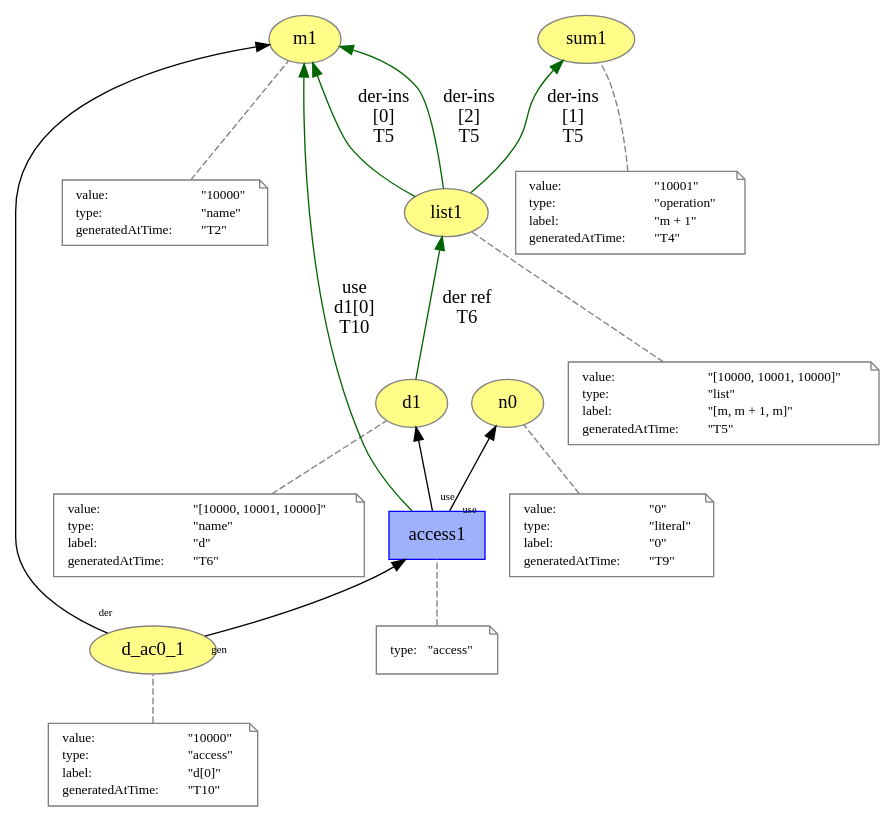
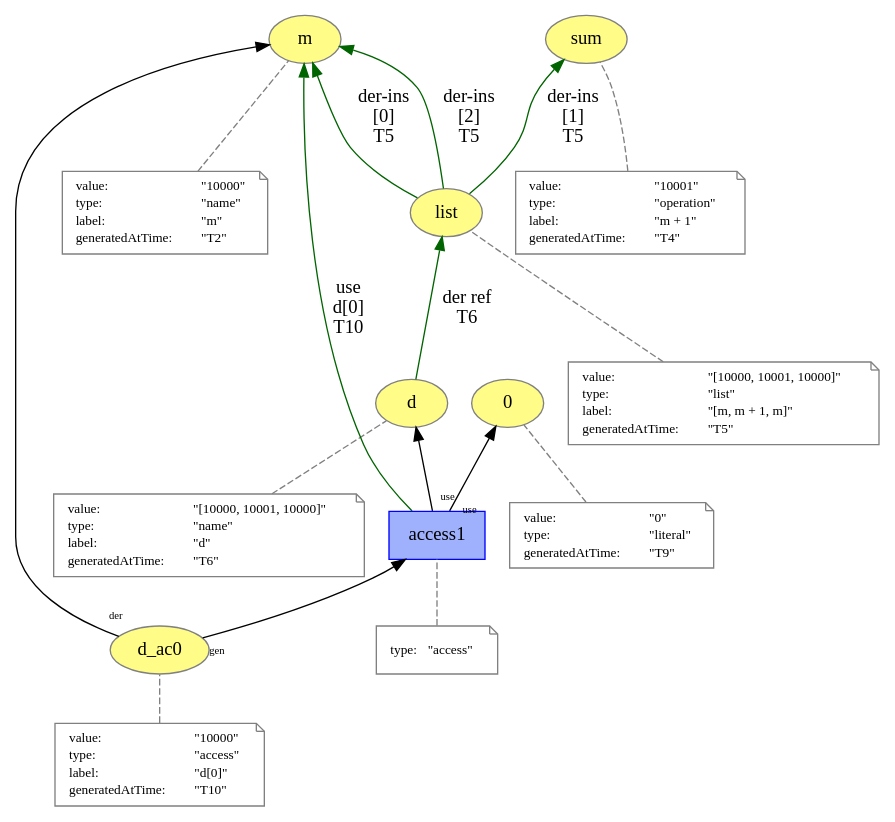
One commit to dew-uff/versioned-prov changed the diagram in versioned_prov/access.dot. Above: the diagram before and after it, drawn with Graphviz. The commit also changed 51 other files, not shown here.

```diff
--- a/versioned_prov/access.dot
+++ b/versioned_prov/access.dot
@@ -1,144 +1,144 @@
 digraph "PROV" { size="16,12"; rankdir="BT";
-"http://example.org/m1" [fillcolor="#FFFC87",color="#808080",style="filled",label="m1",URL="http://example.org/m1"]
+"http://example.org/m" [fillcolor="#FFFC87",color="#808080",style="filled",label="m",URL="http://example.org/m"]
 "-attrs0" [color="gray",shape="note",fontsize="10",fontcolor="black",label=<<TABLE cellpadding="0" border="0">
 	<TR>
 	    <TD align="left">value:</TD>
 	    <TD align="left">&quot;10000&quot;</TD>
 	</TR>
 	<TR>
 	    <TD align="left">type:</TD>
 	    <TD align="left">&quot;name&quot;</TD>
 	</TR>
 	<TR>
+	    <TD align="left">label:</TD>
+	    <TD align="left">&quot;m&quot;</TD>
+	</TR>
+	<TR>
 	    <TD align="left">generatedAtTime:</TD>
 	    <TD align="left">&quot;T2&quot;</TD>
 	</TR>
 </TABLE>>]
-"-attrs0" -> "http://example.org/m1" [color="gray",style="dashed",arrowhead="none"]
-"http://example.org/sum1" [fillcolor="#FFFC87",color="#808080",style="filled",label="sum1",URL="http://example.org/sum1"]
+"-attrs0" -> "http://example.org/m" [color="gray",style="dashed",arrowhead="none"]
+"http://example.org/sum" [fillcolor="#FFFC87",color="#808080",style="filled",label="sum",URL="http://example.org/sum"]
 "-attrs1" [color="gray",shape="note",fontsize="10",fontcolor="black",label=<<TABLE cellpadding="0" border="0">
 	<TR>
 	    <TD align="left">value:</TD>
 	    <TD align="left">&quot;10001&quot;</TD>
 	</TR>
 	<TR>
 	    <TD align="left">type:</TD>
 	    <TD align="left">&quot;operation&quot;</TD>
 	</TR>
 	<TR>
 	    <TD align="left">label:</TD>
 	    <TD align="left">&quot;m + 1&quot;</TD>
 	</TR>
 	<TR>
 	    <TD align="left">generatedAtTime:</TD>
 	    <TD align="left">&quot;T4&quot;</TD>
 	</TR>
 </TABLE>>]
-"-attrs1" -> "http://example.org/sum1" [color="gray",style="dashed",arrowhead="none"]
-"http://example.org/list1" [fillcolor="#FFFC87",color="#808080",style="filled",label="list1",URL="http://example.org/list1"]
+"-attrs1" -> "http://example.org/sum" [color="gray",style="dashed",arrowhead="none"]
+"http://example.org/list" [fillcolor="#FFFC87",color="#808080",style="filled",label="list",URL="http://example.org/list"]
 "-attrs2" [color="gray",shape="note",fontsize="10",fontcolor="black",label=<<TABLE cellpadding="0" border="0">
 	<TR>
 	    <TD align="left">value:</TD>
 	    <TD align="left">&quot;[10000, 10001, 10000]&quot;</TD>
 	</TR>
 	<TR>
 	    <TD align="left">type:</TD>
 	    <TD align="left">&quot;list&quot;</TD>
 	</TR>
 	<TR>
 	    <TD align="left">label:</TD>
 	    <TD align="left">&quot;[m, m + 1, m]&quot;</TD>
 	</TR>
 	<TR>
 	    <TD align="left">generatedAtTime:</TD>
 	    <TD align="left">&quot;T5&quot;</TD>
 	</TR>
 </TABLE>>]
-"-attrs2" -> "http://example.org/list1" [color="gray",style="dashed",arrowhead="none"]
-"http://example.org/list1" -> "http://example.org/m1" [labelfontsize="8",labeldistance="1.5",color="darkgreen",labelangle="60.0",rotation="20",label="der-ins
+"-attrs2" -> "http://example.org/list" [color="gray",style="dashed",arrowhead="none"]
+"http://example.org/list" -> "http://example.org/m" [labelfontsize="8",labeldistance="1.5",color="darkgreen",labelangle="60.0",rotation="20",label="der-ins
 [0]
 T5"]
-"http://example.org/list1" -> "http://example.org/sum1" [labelfontsize="8",labeldistance="1.5",color="darkgreen",labelangle="60.0",rotation="20",label="der-ins
+"http://example.org/list" -> "http://example.org/sum" [labelfontsize="8",labeldistance="1.5",color="darkgreen",labelangle="60.0",rotation="20",label="der-ins
 [1]
 T5"]
-"http://example.org/list1" -> "http://example.org/m1" [labelfontsize="8",labeldistance="1.5",color="darkgreen",labelangle="60.0",rotation="20",label="der-ins
+"http://example.org/list" -> "http://example.org/m" [labelfontsize="8",labeldistance="1.5",color="darkgreen",labelangle="60.0",rotation="20",label="der-ins
 [2]
 T5"]
-"http://example.org/d1" [fillcolor="#FFFC87",color="#808080",style="filled",label="d1",URL="http://example.org/d1"]
+"http://example.org/d" [fillcolor="#FFFC87",color="#808080",style="filled",label="d",URL="http://example.org/d"]
 "-attrs3" [color="gray",shape="note",fontsize="10",fontcolor="black",label=<<TABLE cellpadding="0" border="0">
 	<TR>
 	    <TD align="left">value:</TD>
 	    <TD align="left">&quot;[10000, 10001, 10000]&quot;</TD>
 	</TR>
 	<TR>
 	    <TD align="left">type:</TD>
 	    <TD align="left">&quot;name&quot;</TD>
 	</TR>
 	<TR>
 	    <TD align="left">label:</TD>
 	    <TD align="left">&quot;d&quot;</TD>
 	</TR>
 	<TR>
 	    <TD align="left">generatedAtTime:</TD>
 	    <TD align="left">&quot;T6&quot;</TD>
 	</TR>
 </TABLE>>]
-"-attrs3" -> "http://example.org/d1" [color="gray",style="dashed",arrowhead="none"]
-"http://example.org/d1" -> "http://example.org/list1" [labelfontsize="8",labeldistance="1.5",color="darkgreen",labelangle="60.0",rotation="20",label="der ref
+"-attrs3" -> "http://example.org/d" [color="gray",style="dashed",arrowhead="none"]
+"http://example.org/d" -> "http://example.org/list" [labelfontsize="8",labeldistance="1.5",color="darkgreen",labelangle="60.0",rotation="20",label="der ref
 T6"]
-"http://example.org/n0" [fillcolor="#FFFC87",color="#808080",style="filled",label="n0",URL="http://example.org/n0"]
+"http://example.org/0" [fillcolor="#FFFC87",color="#808080",style="filled",label="0",URL="http://example.org/0"]
 "-attrs4" [color="gray",shape="note",fontsize="10",fontcolor="black",label=<<TABLE cellpadding="0" border="0">
 	<TR>
 	    <TD align="left">value:</TD>
 	    <TD align="left">&quot;0&quot;</TD>
 	</TR>
 	<TR>
 	    <TD align="left">type:</TD>
 	    <TD align="left">&quot;literal&quot;</TD>
 	</TR>
 	<TR>
-	    <TD align="left">label:</TD>
-	    <TD align="left">&quot;0&quot;</TD>
-	</TR>
-	<TR>
 	    <TD align="left">generatedAtTime:</TD>
 	    <TD align="left">&quot;T9&quot;</TD>
 	</TR>
 </TABLE>>]
-"-attrs4" -> "http://example.org/n0" [color="gray",style="dashed",arrowhead="none"]
-"http://example.org/d_ac0_1" [fillcolor="#FFFC87",color="#808080",style="filled",label="d_ac0_1",URL="http://example.org/d_ac0_1"]
+"-attrs4" -> "http://example.org/0" [color="gray",style="dashed",arrowhead="none"]
+"http://example.org/d_ac0" [fillcolor="#FFFC87",color="#808080",style="filled",label="d_ac0",URL="http://example.org/d_ac0"]
 "-attrs5" [color="gray",shape="note",fontsize="10",fontcolor="black",label=<<TABLE cellpadding="0" border="0">
 	<TR>
 	    <TD align="left">value:</TD>
 	    <TD align="left">&quot;10000&quot;</TD>
 	</TR>
 	<TR>
 	    <TD align="left">type:</TD>
 	    <TD align="left">&quot;access&quot;</TD>
 	</TR>
 	<TR>
 	    <TD align="left">label:</TD>
 	    <TD align="left">&quot;d[0]&quot;</TD>
 	</TR>
 	<TR>
 	    <TD align="left">generatedAtTime:</TD>
 	    <TD align="left">&quot;T10&quot;</TD>
 	</TR>
 </TABLE>>]
-"-attrs5" -> "http://example.org/d_ac0_1" [color="gray",style="dashed",arrowhead="none"]
+"-attrs5" -> "http://example.org/d_ac0" [color="gray",style="dashed",arrowhead="none"]
 "http://example.org/access1" [fillcolor="#9FB1FC",color="#0000FF",shape="polygon",sides="4",style="filled",label="access1",URL="http://example.org/access1"]
 "-attrs6" [color="gray",shape="note",fontsize="10",fontcolor="black",label=<<TABLE cellpadding="0" border="0">
 	<TR>
 	    <TD align="left">type:</TD>
 	    <TD align="left">&quot;access&quot;</TD>
 	</TR>
 </TABLE>>]
 "-attrs6" -> "http://example.org/access1" [color="gray",style="dashed",arrowhead="none"]
-"http://example.org/access1" -> "http://example.org/d1" [labelfontsize="8",labeldistance="1.5",labelangle="60.0",rotation="20",taillabel="use"]
-"http://example.org/access1" -> "http://example.org/n0" [labelfontsize="8",labeldistance="1.5",labelangle="60.0",rotation="20",taillabel="use"]
-"http://example.org/access1" -> "http://example.org/m1" [labelfontsize="8",labeldistance="1.5",color="darkgreen",labelangle="60.0",rotation="20",label="use
-d1[0]
+"http://example.org/access1" -> "http://example.org/d" [labelfontsize="8",labeldistance="1.5",labelangle="60.0",rotation="20",taillabel="use"]
+"http://example.org/access1" -> "http://example.org/0" [labelfontsize="8",labeldistance="1.5",labelangle="60.0",rotation="20",taillabel="use"]
+"http://example.org/access1" -> "http://example.org/m" [labelfontsize="8",labeldistance="1.5",color="darkgreen",labelangle="60.0",rotation="20",label="use
+d[0]
 T10"]
-"http://example.org/d_ac0_1" -> "http://example.org/access1" [labelfontsize="8",labeldistance="1.5",labelangle="60.0",rotation="20",taillabel="gen"]
-"http://example.org/d_ac0_1" -> "http://example.org/m1" [labelfontsize="8",labeldistance="1.5",labelangle="60.0",rotation="20",taillabel="der"]
+"http://example.org/d_ac0" -> "http://example.org/access1" [labelfontsize="8",labeldistance="1.5",labelangle="60.0",rotation="20",taillabel="gen"]
+"http://example.org/d_ac0" -> "http://example.org/m" [labelfontsize="8",labeldistance="1.5",labelangle="60.0",rotation="20",taillabel="der"]
 }
```
